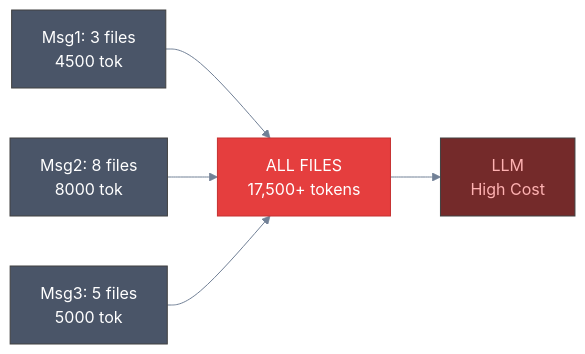
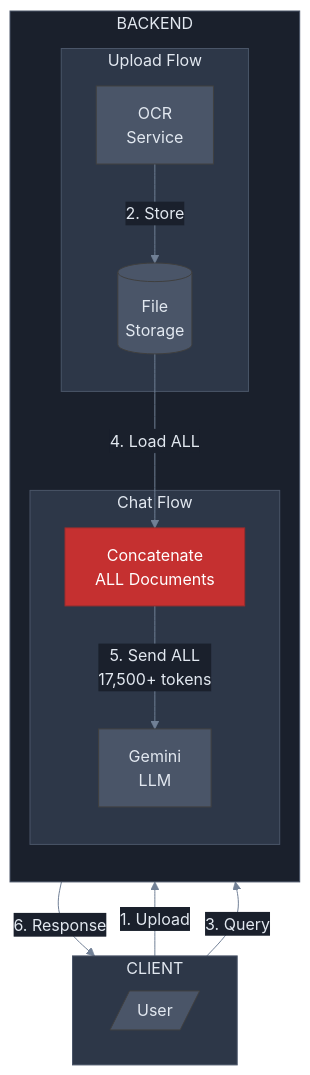
One commit to manumishra-zm/execution_plan changed the first of 16 diagrams in chat_context/chat_context.md. Above: the diagram before and after it, drawn with Mermaid. The commit also changed other lines of this file, not shown here.

````diff
--- a/chat_context/chat_context.md
+++ b/chat_context/chat_context.md
@@ -50,10 +39,33 @@
 ```mermaid
-%%{init: {'theme': 'base', 'themeVariables': { 'primaryColor': '#4a5568', 'primaryTextColor': '#fff', 'lineColor': '#718096'}}}%%
-flowchart LR
-    M1["Msg1: 3 files\n4500 tok"] --> CTX["ALL FILES\n17,500+ tokens"]
-    M2["Msg2: 8 files\n8000 tok"] --> CTX
-    M3["Msg3: 5 files\n5000 tok"] --> CTX
-    CTX --> LLM["LLM\nHigh Cost"]
-    style CTX fill:#e53e3e,color:#fff,stroke:#c53030
-    style LLM fill:#742a2a,color:#feb2b2
+%%{init: {'theme': 'base', 'themeVariables': { 'primaryColor': '#4a5568', 'primaryTextColor': '#e2e8f0', 'lineColor': '#718096', 'edgeLabelBackground': '#1a202c'}}}%%
+flowchart TB
+    subgraph CLIENT["CLIENT"]
+        direction LR
+        U[/"User"/]
+    end
+
+    subgraph BACKEND["BACKEND"]
+        direction TB
+        subgraph UPLOAD["Upload Flow"]
+            OCR["OCR\nService"]
+            FS[("File\nStorage")]
+        end
+        subgraph CHAT["Chat Flow"]
+            CONCAT["Concatenate\nALL Documents"]
+            LLM["Gemini\nLLM"]
+        end
+    end
+
+    U -->|"1. Upload"| OCR
+    OCR -->|"2. Store"| FS
+    U -->|"3. Query"| CONCAT
+    FS -->|"4. Load ALL"| CONCAT
+    CONCAT -->|"5. Send ALL\n17,500+ tokens"| LLM
+    LLM -->|"6. Response"| U
+
+    style CONCAT fill:#c53030,color:#fff,stroke:#9b2c2c
+    style CLIENT fill:#2d3748,color:#e2e8f0,stroke:#4a5568
+    style BACKEND fill:#1a202c,color:#e2e8f0,stroke:#4a5568
+    style UPLOAD fill:#2d3748,color:#e2e8f0,stroke:#4a5568
+    style CHAT fill:#2d3748,color:#e2e8f0,stroke:#4a5568
 ```
````
